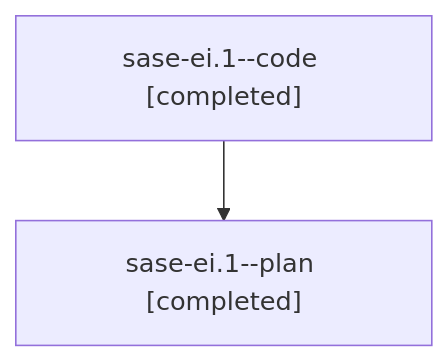
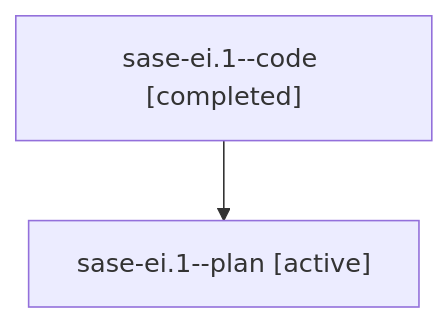
One commit to sase-org/sase--agents changed the diagram in families/bbugyi200.athena.sase-ei.1.md. Above: the diagram before and after it, drawn with Mermaid. The commit also changed other lines of this file and 5813 other files, not shown here.

````diff
--- a/families/bbugyi200.athena.sase-ei.1.md
+++ b/families/bbugyi200.athena.sase-ei.1.md
@@ -9,6 +9,6 @@
 ```mermaid
 flowchart TD
   n0["sase-ei.1--code [completed]"]
-  n1["sase-ei.1--plan [completed]"]
+  n1["sase-ei.1--plan [active]"]
   n0 --> n1
 ```
````
